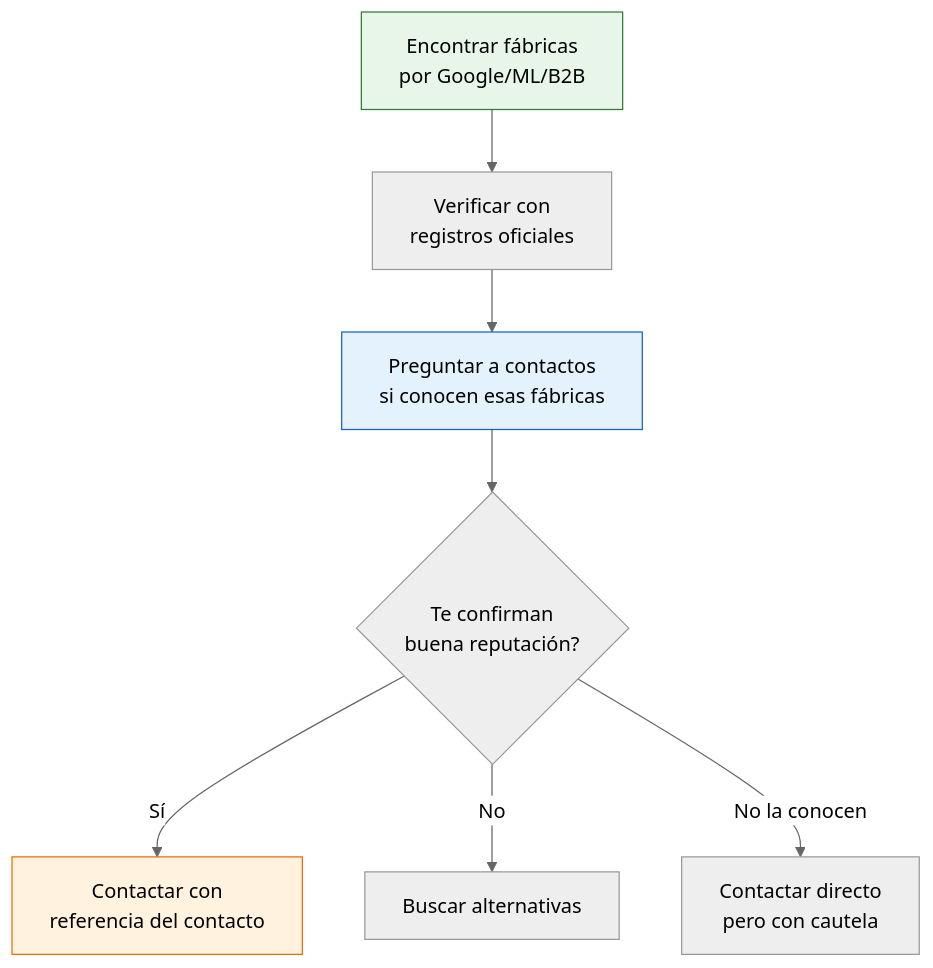
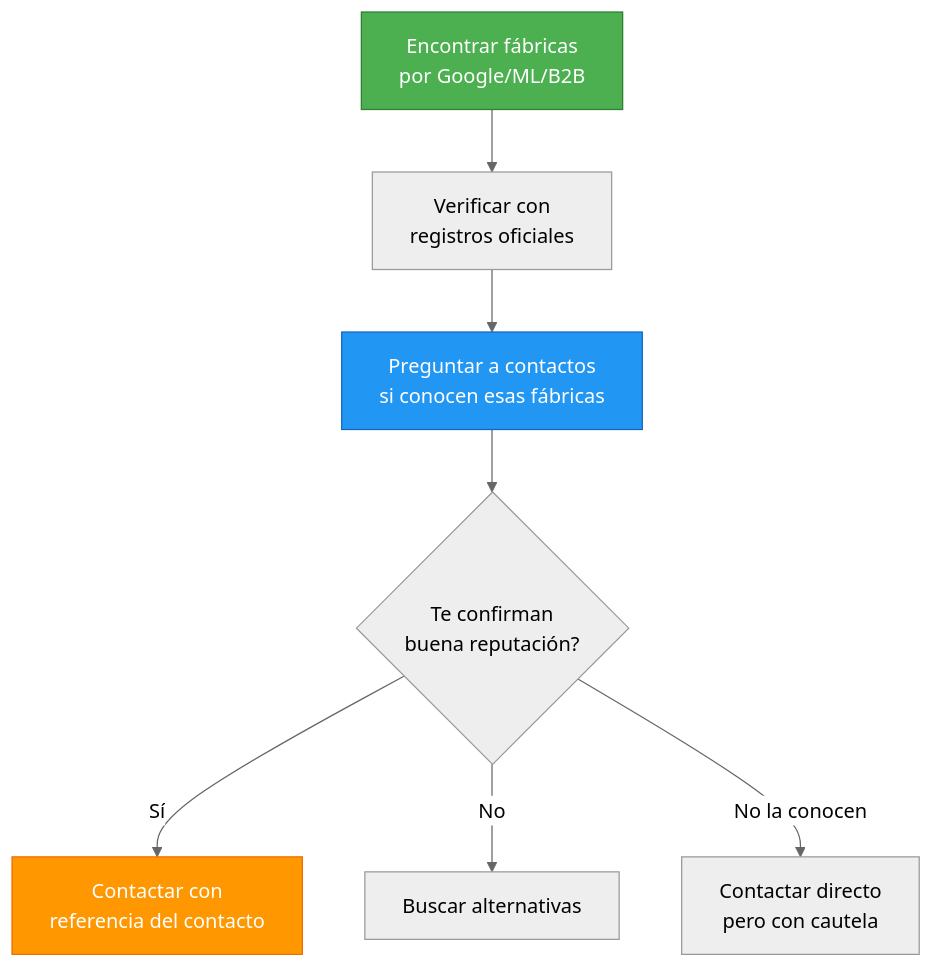
The second of 2 diagrams in app/paso1-argentina/encontrar-fabricas/despachantes-contadores.mdx (barrosignacioezequiel-coder/docs), drawn with Mermaid (neutral theme) before and after one commit. The commit also changed other lines of this file and 66 other files, not shown here.

First line of the commit message:
fix: resolve Mermaid v11 numbered list errors + improve contrast

````diff
--- a/app/paso1-argentina/encontrar-fabricas/despachantes-contadores.mdx
+++ b/app/paso1-argentina/encontrar-fabricas/despachantes-contadores.mdx
@@ -171,13 +171,13 @@
 ```mermaid
 graph TD
     A["Encontrar fábricas<br/>por Google/ML/B2B"] --> B["Verificar con<br/>registros oficiales"]
     B --> C["Preguntar a contactos<br/>si conocen esas fábricas"]
     C --> D{"Te confirman<br/>buena reputación?"}
     D -->|Sí| E["Contactar con<br/>referencia del contacto"]
     D -->|No| F["Buscar alternativas"]
     D -->|No la conocen| G["Contactar directo<br/>pero con cautela"]
 
-    style A fill:#e8f5e9,stroke:#2e7d32
-    style C fill:#e3f2fd,stroke:#1565c0
-    style E fill:#fff3e0,stroke:#ef6c00
+    style A fill:#4caf50,stroke:#2e7d32,color:#fff
+    style C fill:#2196f3,stroke:#1565c0,color:#fff
+    style E fill:#ff9800,stroke:#ef6c00,color:#fff
 ```
````
